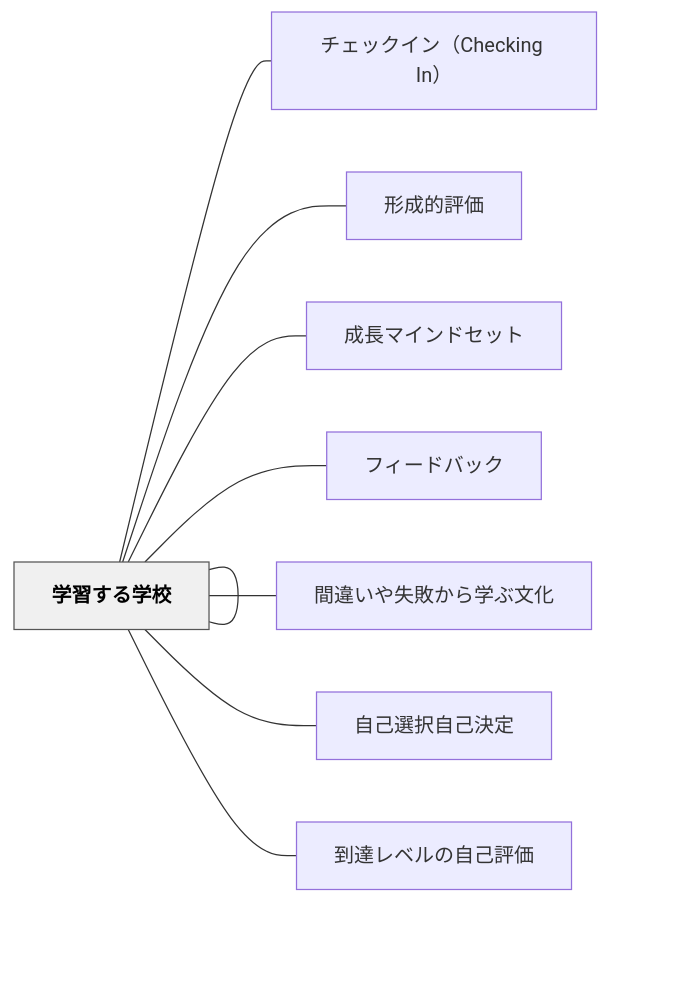
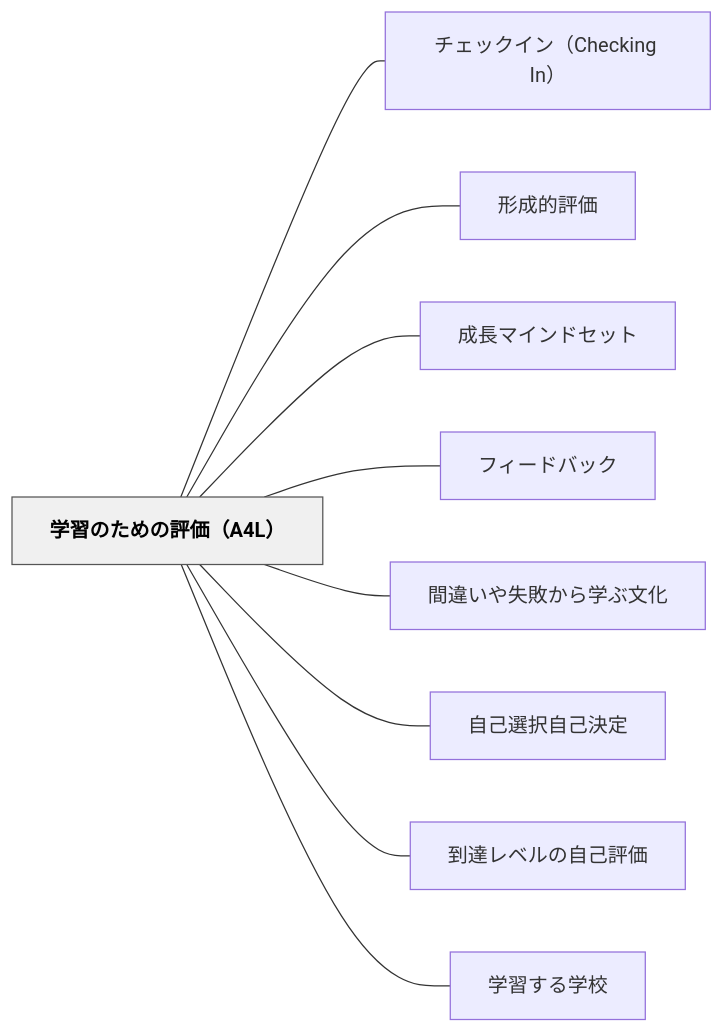
Before and after one commit to unknownthings-ed-patterns/unknownthings-ed-patterns: the diagram in content/パタン/学習のための評価（A4L）.md, drawn with Mermaid. The commit also changed 527 other files, not shown here.

````diff
--- a/content/パタン/学習のための評価（A4L）.md
+++ b/content/パタン/学習のための評価（A4L）.md
@@ -189,24 +189,24 @@
 ```mermaid
 flowchart LR
-    ne5ada6e7bf92["学習のための評価（A4L）"]
-    ne38381e382a7["チェックイン（Checking In）"]
-    ne5bda2e68890["形成的評価"]
-    ne68890e995b7["成長マインドセット"]
-    ne38395e382a3["フィードバック"]
-    ne99693e98195["間違いや失敗から学ぶ文化"]
-    ne887aae5b7b1["自己選択自己決定"]
-    ne588b0e98194["到達レベルの自己評価"]
-    ne5ada6e7bf92["学習する学校"]
+    ne5ada6e7bf92e381aee3819fe38281e381aee8a995e4bea1efbc8841344cefbc89["学習のための評価（A4L）"]
+    ne38381e382a7e38383e382afe382a4e383b3efbc88436865636b696e6720496eefbc89["チェックイン（Checking In）"]
+    ne5bda2e68890e79a84e8a995e4bea1["形成的評価"]
+    ne68890e995b7e3839ee382a4e383b3e38389e382bbe38383e38388["成長マインドセット"]
+    ne38395e382a3e383bce38389e38390e38383e382af["フィードバック"]
+    ne99693e98195e38184e38284e5a4b1e69597e3818be38289e5ada6e381b6e69687e58c96["間違いや失敗から学ぶ文化"]
+    ne887aae5b7b1e981b8e68a9ee887aae5b7b1e6b1bae5ae9a["自己選択自己決定"]
+    ne588b0e98194e383ace38399e383abe381aee887aae5b7b1e8a995e4bea1["到達レベルの自己評価"]
+    ne5ada6e7bf92e38199e3828be5ada6e6a0a1["学習する学校"]
 
-    ne5ada6e7bf92 --- ne38381e382a7
-    ne5ada6e7bf92 --- ne5bda2e68890
-    ne5ada6e7bf92 --- ne68890e995b7
-    ne5ada6e7bf92 --- ne38395e382a3
-    ne5ada6e7bf92 --- ne99693e98195
-    ne5ada6e7bf92 --- ne887aae5b7b1
-    ne5ada6e7bf92 --- ne588b0e98194
-    ne5ada6e7bf92 --- ne5ada6e7bf92
+    ne5ada6e7bf92e381aee3819fe38281e381aee8a995e4bea1efbc8841344cefbc89 --- ne38381e382a7e38383e382afe382a4e383b3efbc88436865636b696e6720496eefbc89
+    ne5ada6e7bf92e381aee3819fe38281e381aee8a995e4bea1efbc8841344cefbc89 --- ne5bda2e68890e79a84e8a995e4bea1
+    ne5ada6e7bf92e381aee3819fe38281e381aee8a995e4bea1efbc8841344cefbc89 --- ne68890e995b7e3839ee382a4e383b3e38389e382bbe38383e38388
+    ne5ada6e7bf92e381aee3819fe38281e381aee8a995e4bea1efbc8841344cefbc89 --- ne38395e382a3e383bce38389e38390e38383e382af
+    ne5ada6e7bf92e381aee3819fe38281e381aee8a995e4bea1efbc8841344cefbc89 --- ne99693e98195e38184e38284e5a4b1e69597e3818be38289e5ada6e381b6e69687e58c96
+    ne5ada6e7bf92e381aee3819fe38281e381aee8a995e4bea1efbc8841344cefbc89 --- ne887aae5b7b1e981b8e68a9ee887aae5b7b1e6b1bae5ae9a
+    ne5ada6e7bf92e381aee3819fe38281e381aee8a995e4bea1efbc8841344cefbc89 --- ne588b0e98194e383ace38399e383abe381aee887aae5b7b1e8a995e4bea1
+    ne5ada6e7bf92e381aee3819fe38281e381aee8a995e4bea1efbc8841344cefbc89 --- ne5ada6e7bf92e38199e3828be5ada6e6a0a1
 
     classDef hub fill:#f0f0f0,stroke:#555,color:#000,font-weight:bold
-    class ne5ada6e7bf92 hub
+    class ne5ada6e7bf92e381aee3819fe38281e381aee8a995e4bea1efbc8841344cefbc89 hub
 ```
````
